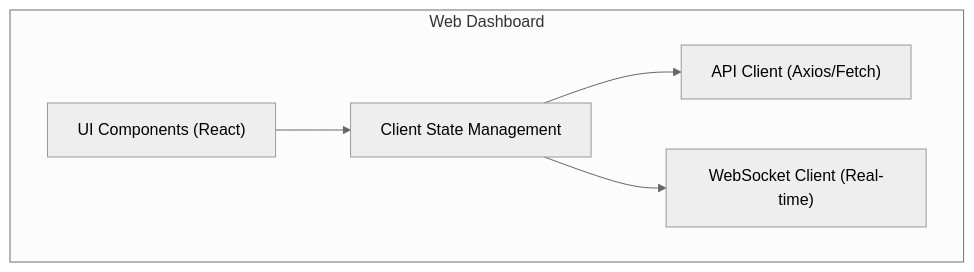
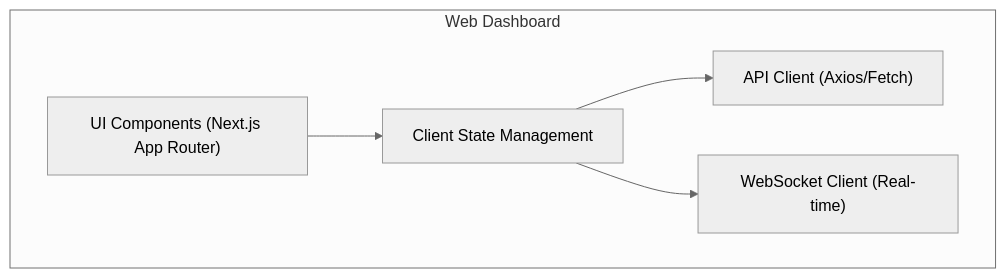
The third of 3 diagrams in docs/architecture/COMPONENT_ARCHITECTURE.md (prasannakadamm/Dadliesttjokes-Content-Factory), drawn with Mermaid (neutral theme) before and after one commit. The commit also changed 8 other files, not shown here.

Commit message:
docs(phase-01): finalize architecture documentation and evidence

````diff
--- a/docs/architecture/COMPONENT_ARCHITECTURE.md
+++ b/docs/architecture/COMPONENT_ARCHITECTURE.md
@@ -67,13 +67,13 @@
 ```mermaid
 flowchart TD
     subgraph Web Dashboard
-        UI["UI Components (React)"]
+        UI["UI Components (Next.js App Router)"]
         State["Client State Management"]
         APIClient["API Client (Axios/Fetch)"]
         WSClient["WebSocket Client (Real-time)"]
     end
 
     UI --> State
     State --> APIClient
     State --> WSClient
 ```
````
